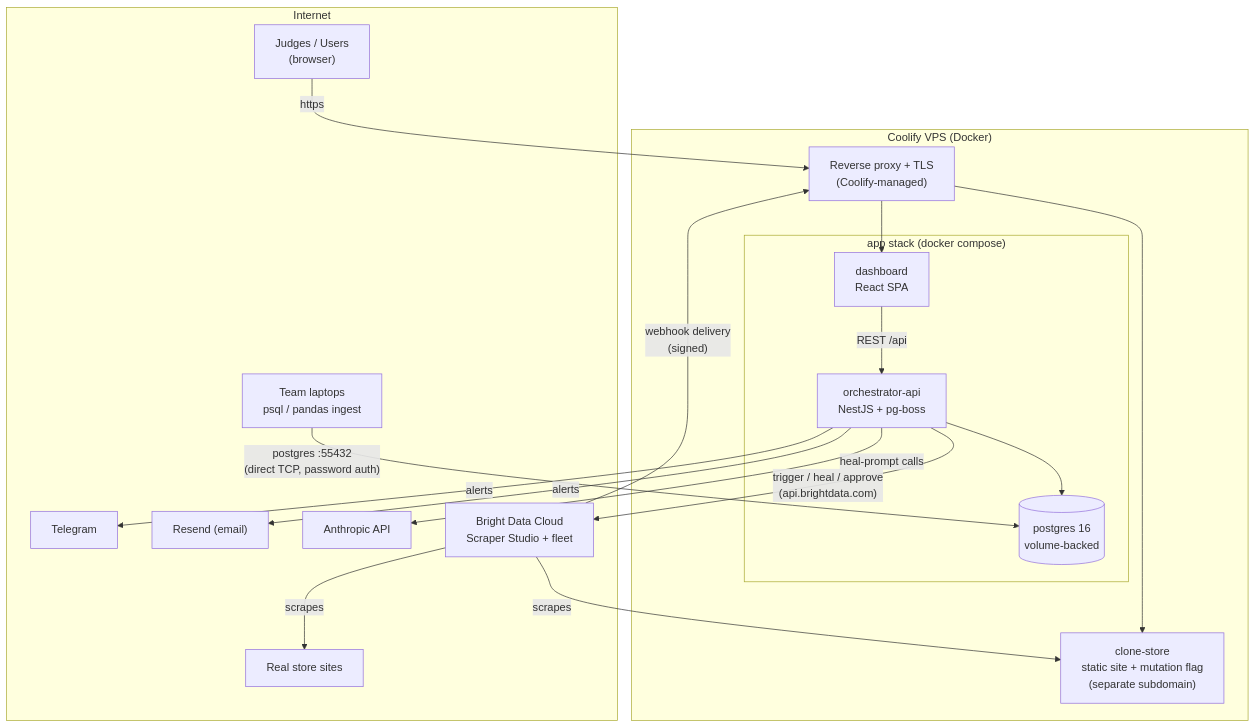
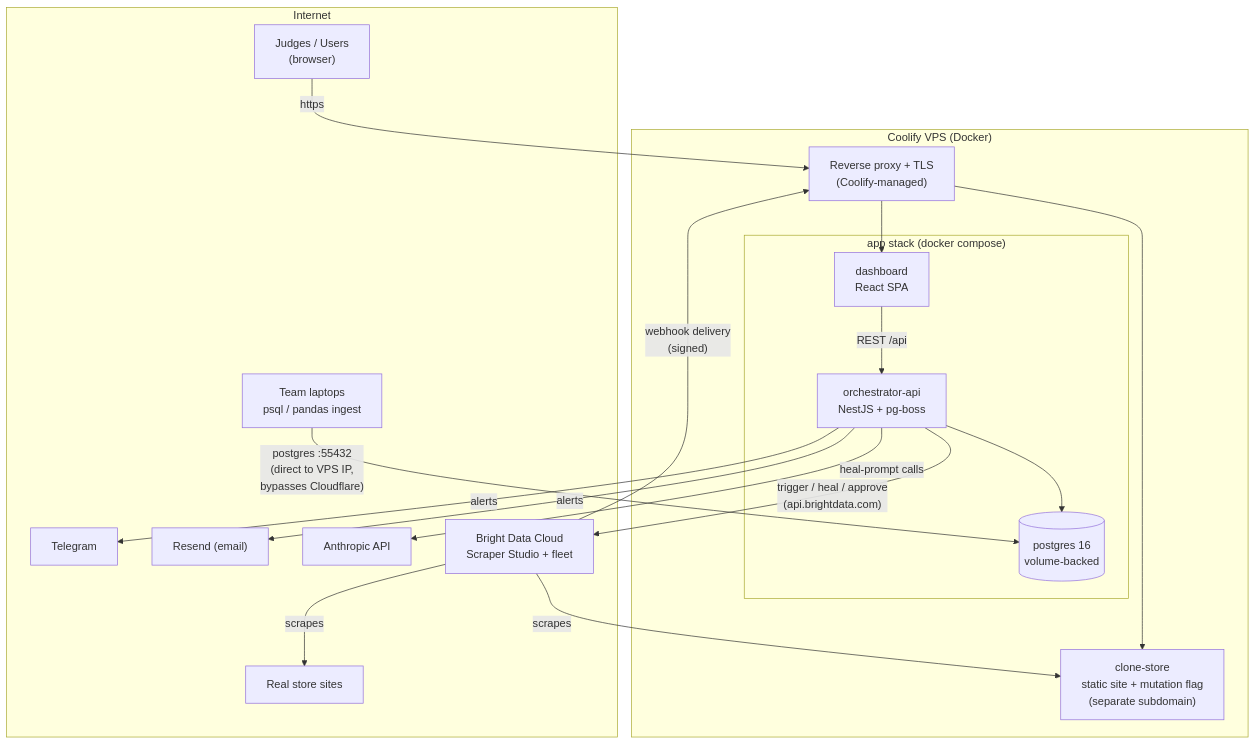
One commit to spencerjireh/basketwatch changed the fifth of 5 diagrams in docs/architecture.md. Above: the diagram before and after it, drawn with Mermaid. The commit also changed other lines of this file and 4 other files, not shown here.

````diff
--- a/docs/architecture.md
+++ b/docs/architecture.md
@@ -313,36 +315,36 @@
 ```mermaid
 flowchart TB
     subgraph INET["Internet"]
         JUDGE["Judges / Users<br/>(browser)"]
         TG["Telegram"]
         RESEND["Resend (email)"]
         ANTHROPIC["Anthropic API"]
         BDCLOUD["Bright Data Cloud<br/>Scraper Studio + fleet"]
         STORES["Real store sites"]
         TEAM["Team laptops<br/>psql / pandas ingest"]
     end
 
     subgraph COOLIFY["Coolify VPS (Docker)"]
         PROXY["Reverse proxy + TLS<br/>(Coolify-managed)"]
         subgraph APP["app stack (docker compose)"]
             WEB["dashboard<br/>React SPA"]
             APIC["orchestrator-api<br/>NestJS + pg-boss"]
             PG[("postgres 16<br/>volume-backed")]
         end
         CLONE["clone-store<br/>static site + mutation flag<br/>(separate subdomain)"]
     end
 
     JUDGE -->|https| PROXY
     PROXY --> WEB
     PROXY --> CLONE
     WEB -->|REST /api| APIC
     APIC --> PG
     APIC -->|"trigger / heal / approve<br/>(api.brightdata.com)"| BDCLOUD
     BDCLOUD -->|"webhook delivery<br/>(signed)"| PROXY
     BDCLOUD -->|scrapes| STORES
     BDCLOUD -->|scrapes| CLONE
     APIC -->|heal-prompt calls| ANTHROPIC
     APIC -->|alerts| RESEND
     APIC -->|alerts| TG
-    TEAM -->|"postgres :55432<br/>(direct TCP, password auth)"| PG
+    TEAM -->|"postgres :55432<br/>(direct to VPS IP,<br/>bypasses Cloudflare)"| PG
 ```
````
